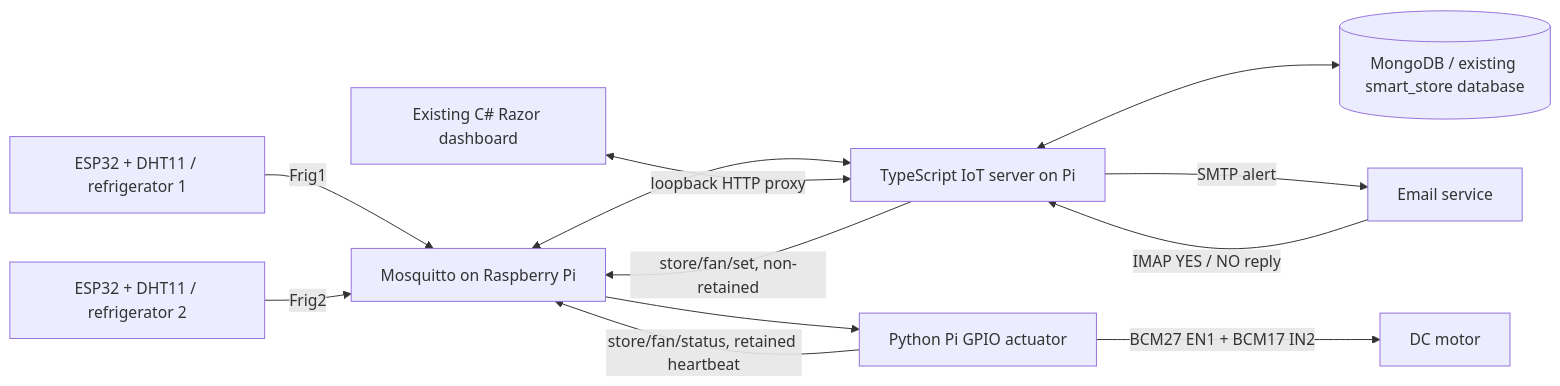
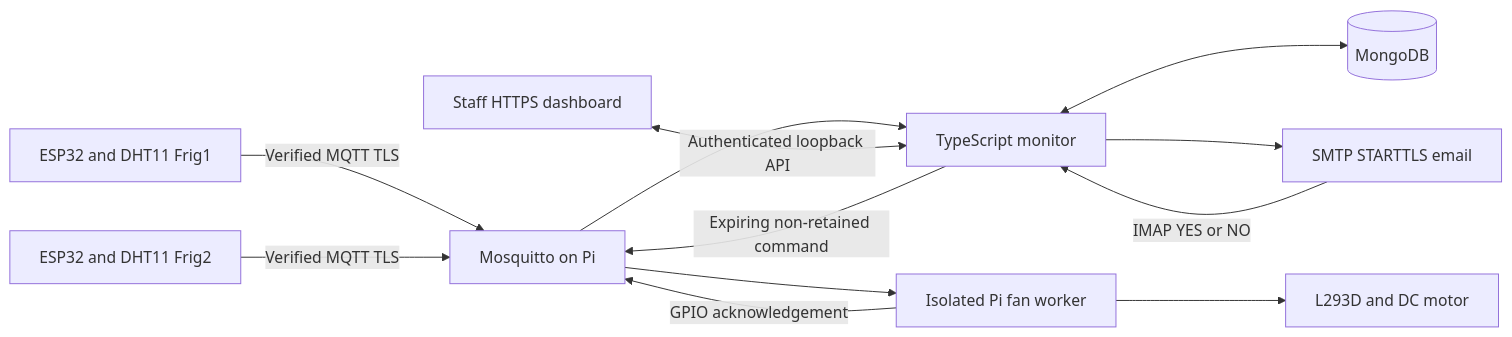
One commit to kalena-dev/Iot_proj changed the diagram in docs/PHASE2.md. Above: the diagram before and after it, drawn with Mermaid. The commit also changed other lines of this file and 5 other files, not shown here.

````diff
--- a/docs/PHASE2.md
+++ b/docs/PHASE2.md
@@ -11,14 +5,14 @@
 ```mermaid
 flowchart LR
-    E1[ESP32 + DHT11 / refrigerator 1] -->|Frig1| M[Mosquitto on Raspberry Pi]
-    E2[ESP32 + DHT11 / refrigerator 2] -->|Frig2| M
-    M <--> T[TypeScript IoT server on Pi]
-    T <--> DB[(MongoDB / existing smart_store database)]
-    T -->|SMTP alert| Mail[Email service]
-    Mail -->|IMAP YES / NO reply| T
-    UI[Existing C# Razor dashboard] <-->|loopback HTTP proxy| T
-    T -->|store/fan/set, non-retained| M
-    M --> P[Python Pi GPIO actuator]
-    P -->|BCM27 EN1 + BCM17 IN2| Motor[DC motor]
-    P -->|store/fan/status, retained heartbeat| M
+    E1[ESP32 and DHT11 Frig1] -->|Verified MQTT TLS| M[Mosquitto on Pi]
+    E2[ESP32 and DHT11 Frig2] -->|Verified MQTT TLS| M
+    M --> T[TypeScript monitor]
+    T <--> DB[(MongoDB)]
+    T --> Mail[SMTP STARTTLS email]
+    Mail -->|IMAP YES or NO| T
+    UI[Staff HTTPS dashboard] <-->|Authenticated loopback API| T
+    T -->|Expiring non-retained command| M
+    M --> P[Isolated Pi fan worker]
+    P --> Motor[L293D and DC motor]
+    P -->|GPIO acknowledgement| M
 ```
````
